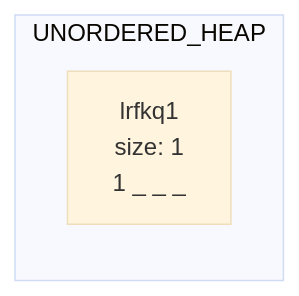
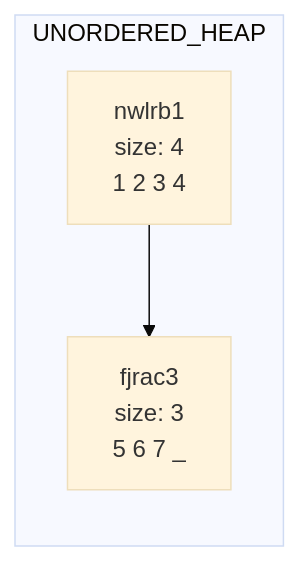
The second of 2 diagrams in data/chart.md (vasu0403/bpTree), drawn with Mermaid (base theme) before and after one commit. The commit also changed other lines of this file and 68 other files, not shown here.

````diff
--- a/data/chart.md
+++ b/data/chart.md
@@ -7,6 +11,8 @@
 ```mermaid
 graph LR
 subgraph UNORDERED_HEAP
-lrfkq1[lrfkq1<br/>size: 1<br/>1 _ _ _ ]
+nwlrb1[nwlrb1<br/>size: 4<br/>1 2 3 4 ]
+fjrac3[fjrac3<br/>size: 3<br/>5 6 7 _ ]
+nwlrb1-->fjrac3
 end
 ```
````
